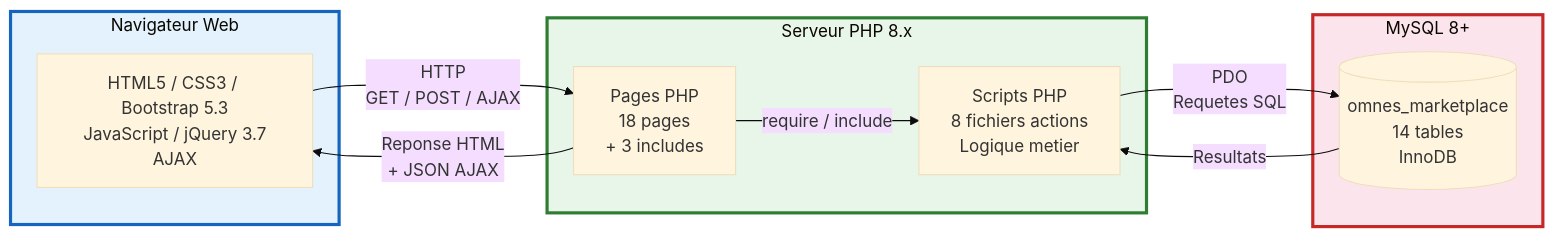
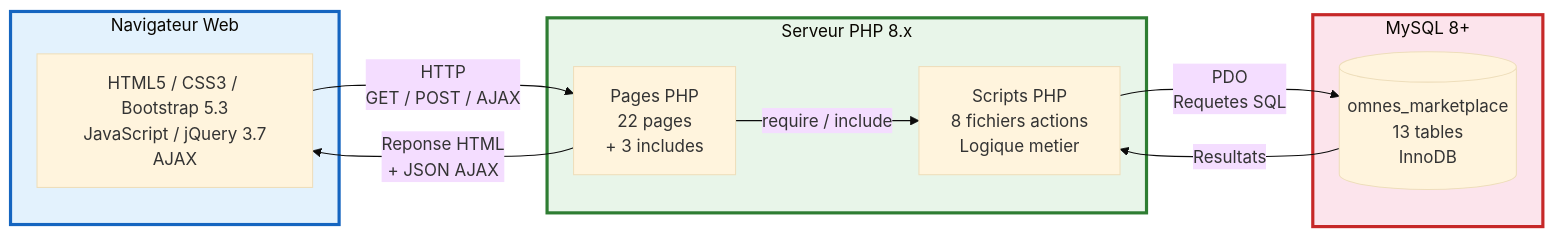
One commit to David-dsv/Omnes_Marketplace changed the second of 4 diagrams in Maquette/architecture_systeme.md. Above: the diagram before and after it, drawn with Mermaid (base theme). The commit also changed other lines of this file and 7 other files, not shown here.

First line of the commit message:
Ajout MailHog pour emails de confirmation + mise à jour maquettes BDD/architecture

````diff
--- a/Maquette/architecture_systeme.md
+++ b/Maquette/architecture_systeme.md
@@ -94,25 +99,25 @@
 ```mermaid
 graph LR
     subgraph NAVIGATEUR["Navigateur Web"]
         A["HTML5 / CSS3 / Bootstrap 5.3<br/>JavaScript / jQuery 3.7<br/>AJAX"]
     end
 
     subgraph SERVEUR["Serveur PHP 8.x"]
-        B["Pages PHP<br/>18 pages<br/>+ 3 includes"]
+        B["Pages PHP<br/>22 pages<br/>+ 3 includes"]
         C["Scripts PHP<br/>8 fichiers actions<br/>Logique metier"]
         B -->|"require / include"| C
     end
 
     subgraph BDD["MySQL 8+"]
-        D[("omnes_marketplace<br/>14 tables<br/>InnoDB")]
+        D[("omnes_marketplace<br/>13 tables<br/>InnoDB")]
     end
 
     A -->|"HTTP<br/>GET / POST / AJAX"| B
     B -->|"Reponse HTML<br/>+ JSON AJAX"| A
     C -->|"PDO<br/>Requetes SQL"| D
     D -->|"Resultats"| C
 
     style NAVIGATEUR fill:#e3f2fd,stroke:#1565c0,stroke-width:3px
     style SERVEUR fill:#e8f5e9,stroke:#2e7d32,stroke-width:3px
     style BDD fill:#fce4ec,stroke:#c62828,stroke-width:3px
 ```
````
